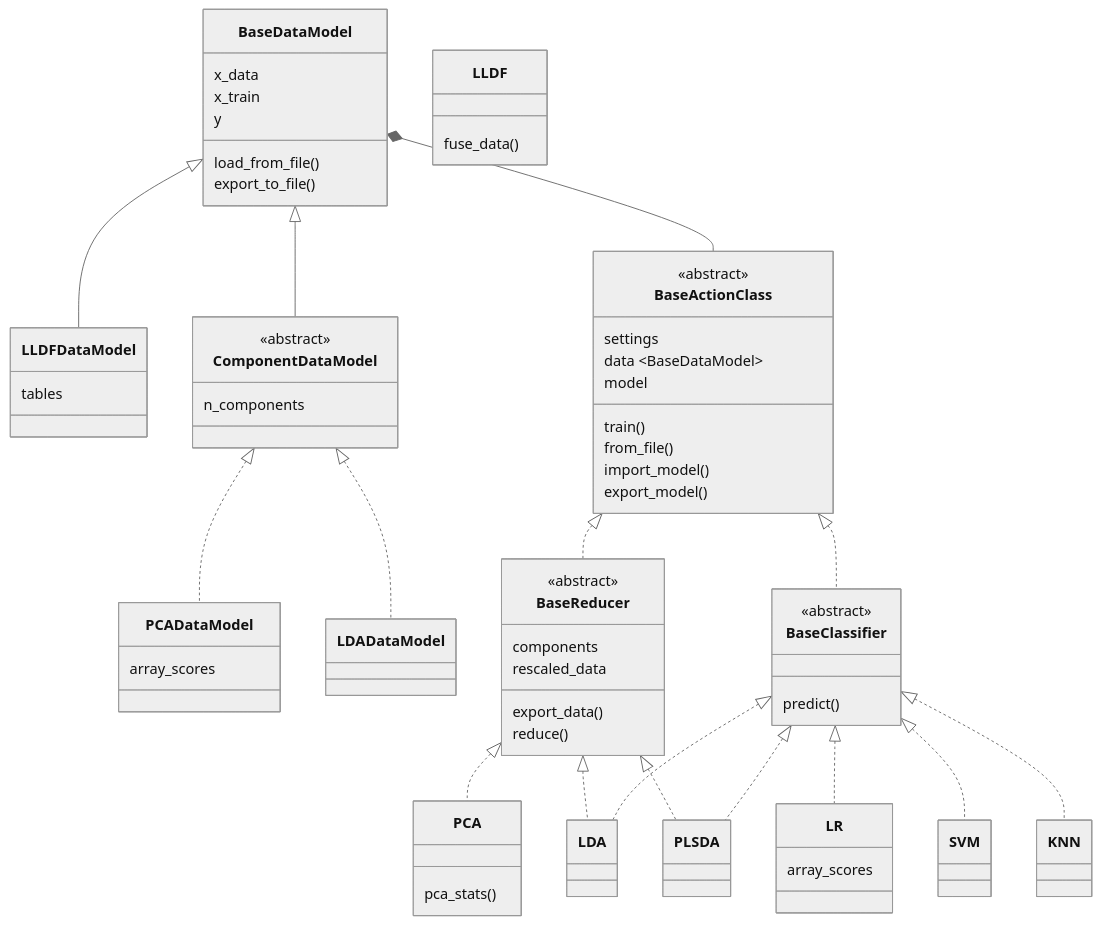
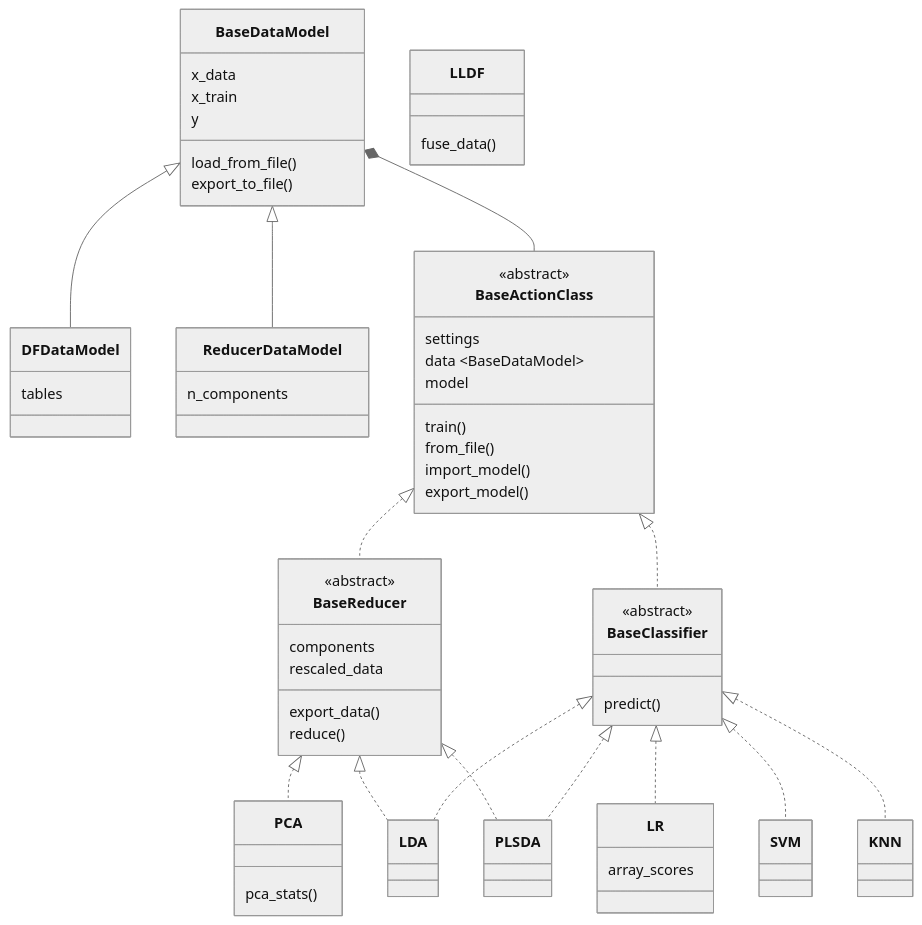
One commit to f-aguzzi/ChemFuseKit changed the second of 3 diagrams in docs/cookbook/structure.md. Above: the diagram before and after it, drawn with Mermaid (neutral theme). The commit also changed other lines of this file and 14 other files, not shown here.

````diff
--- a/docs/cookbook/structure.md
+++ b/docs/cookbook/structure.md
@@ -125,9 +125,8 @@
 ```mermaid
 classDiagram
-    BaseDataModel <|-- LLDFDataModel
-    BaseDataModel <|-- ComponentDataModel
-    ComponentDataModel <|.. PCADataModel
-    ComponentDataModel <|.. LDADataModel
+    BaseDataModel <|-- DFDataModel
+    BaseDataModel <|-- ReducerDataModel
+    
     
     class BaseDataModel {
         x_data
@@ -137,20 +136,11 @@
         export_to_file()
     }
 
-    <<abstract>> ComponentDataModel
-    class ComponentDataModel {
+    class ReducerDataModel {
         n_components
     }
 
-    class PCADataModel {
-        array_scores
-    }
-
-    class LDADataModel {
-
-    }
-
-    class LLDFDataModel {
+    class DFDataModel {
         tables
     }
 
````
